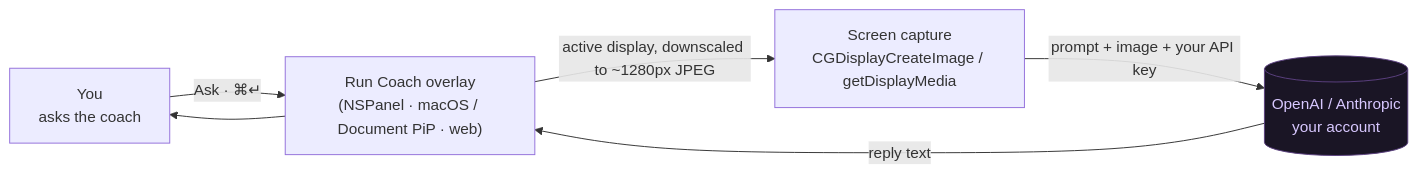
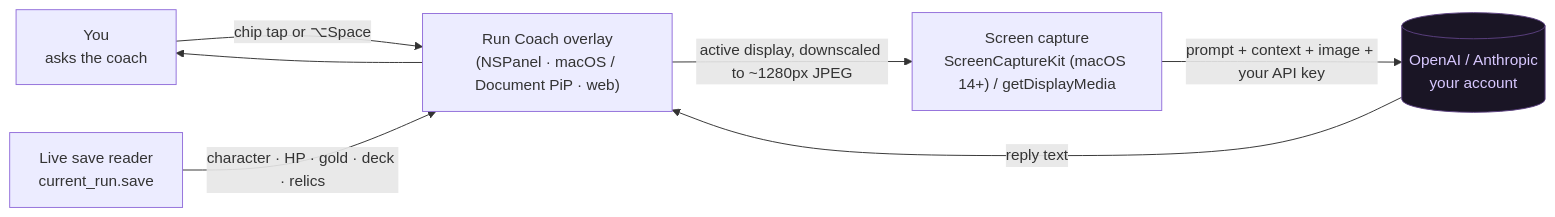
Before and after one commit to c3rooks/SpireVault: the second of 2 diagrams in README.md, drawn with Mermaid. The commit also changed other lines of this file and 45 other files, not shown here.

````diff
--- a/README.md
+++ b/README.md
@@ -249,16 +255,18 @@
 ```mermaid
 flowchart LR
     User["You<br/>asks the coach"]
     Pill["Run Coach overlay<br/>(NSPanel · macOS / Document PiP · web)"]
-    Capture["Screen capture<br/>CGDisplayCreateImage / getDisplayMedia"]
+    Save["Live save reader<br/>current_run.save"]
+    Capture["Screen capture<br/>ScreenCaptureKit (macOS 14+) / getDisplayMedia"]
     Provider[("OpenAI / Anthropic<br/>your account")]
 
-    User -->|Ask · ⌘↵| Pill
+    User -->|chip tap or ⌥Space| Pill
+    Save -->|character · HP · gold · deck · relics| Pill
     Pill -->|active display, downscaled to ~1280px JPEG| Capture
-    Capture -->|prompt + image + your API key| Provider
+    Capture -->|prompt + context + image + your API key| Provider
     Provider -->|"reply text"| Pill
     Pill --> User
 
     classDef ext fill:#1a1525,stroke:#5b4080,color:#d8c8ff;
     class Provider ext
 ```
````
